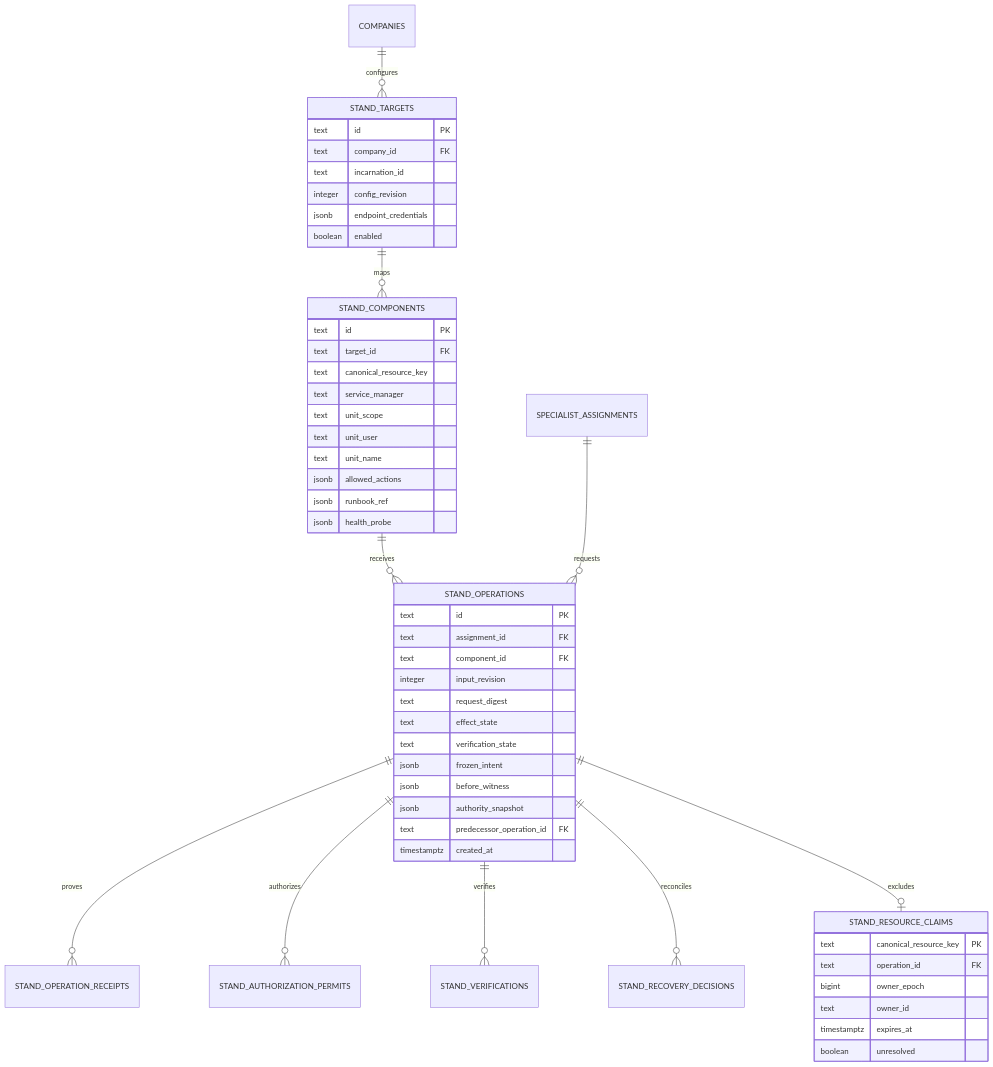
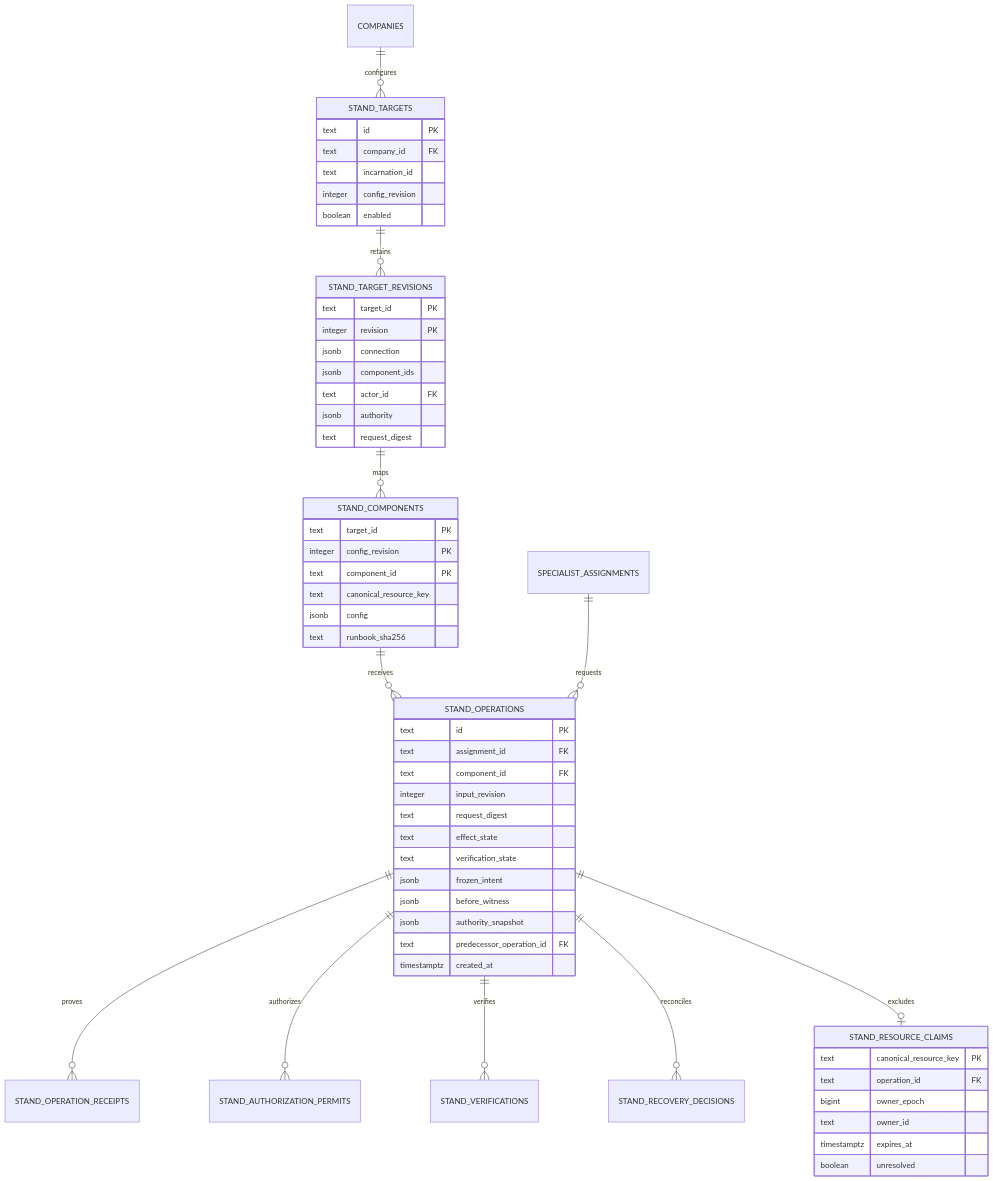
One commit to maister-dev/maister changed the diagram in docs/db/stand-operations-domain.md. Above: the diagram before and after it, drawn with Mermaid. The commit also changed other lines of this file and 18 other files, not shown here.

Commit message:
feat(stand): retain reviewed target configurations

````diff
--- a/docs/db/stand-operations-domain.md
+++ b/docs/db/stand-operations-domain.md
@@ -7,54 +7,59 @@
 ```mermaid
 erDiagram
     COMPANIES ||--o{ STAND_TARGETS : configures
-    STAND_TARGETS ||--o{ STAND_COMPONENTS : maps
+    STAND_TARGETS ||--o{ STAND_TARGET_REVISIONS : retains
+    STAND_TARGET_REVISIONS ||--o{ STAND_COMPONENTS : maps
     STAND_COMPONENTS ||--o{ STAND_OPERATIONS : receives
     SPECIALIST_ASSIGNMENTS ||--o{ STAND_OPERATIONS : requests
     STAND_OPERATIONS ||--o{ STAND_OPERATION_RECEIPTS : proves
     STAND_OPERATIONS ||--o{ STAND_AUTHORIZATION_PERMITS : authorizes
     STAND_OPERATIONS ||--o{ STAND_VERIFICATIONS : verifies
     STAND_OPERATIONS ||--o{ STAND_RECOVERY_DECISIONS : reconciles
     STAND_OPERATIONS ||--o| STAND_RESOURCE_CLAIMS : excludes
     STAND_TARGETS {
         text id PK
         text company_id FK
         text incarnation_id
         integer config_revision
-        jsonb endpoint_credentials
         boolean enabled
     }
+    STAND_TARGET_REVISIONS {
+        text target_id PK
+        integer revision PK
+        jsonb connection
+        jsonb component_ids
+        text actor_id FK
+        jsonb authority
+        text request_digest
+    }
     STAND_COMPONENTS {
-        text id PK
-        text target_id FK
+        text target_id PK
+        integer config_revision PK
+        text component_id PK
         text canonical_resource_key
-        text service_manager
-        text unit_scope
-        text unit_user
-        text unit_name
-        jsonb allowed_actions
-        jsonb runbook_ref
-        jsonb health_probe
+        jsonb config
+        text runbook_sha256
     }
     STAND_OPERATIONS {
         text id PK
         text assignment_id FK
         text component_id FK
         integer input_revision
         text request_digest
         text effect_state
         text verification_state
         jsonb frozen_intent
         jsonb before_witness
         jsonb authority_snapshot
         text predecessor_operation_id FK
         timestamptz created_at
     }
     STAND_RESOURCE_CLAIMS {
         text canonical_resource_key PK
         text operation_id FK
         bigint owner_epoch
         text owner_id
         timestamptz expires_at
         boolean unresolved
     }
 ```
````
